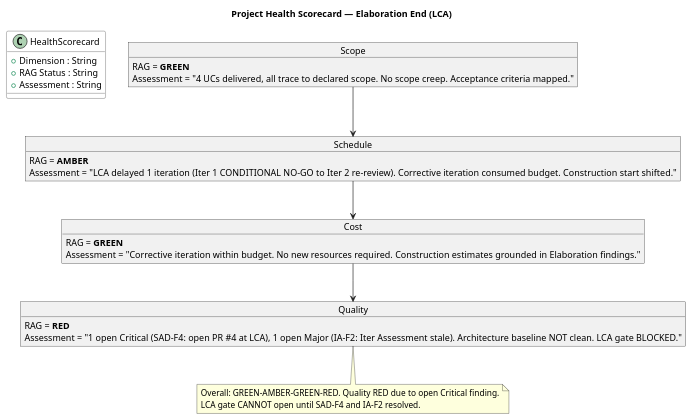
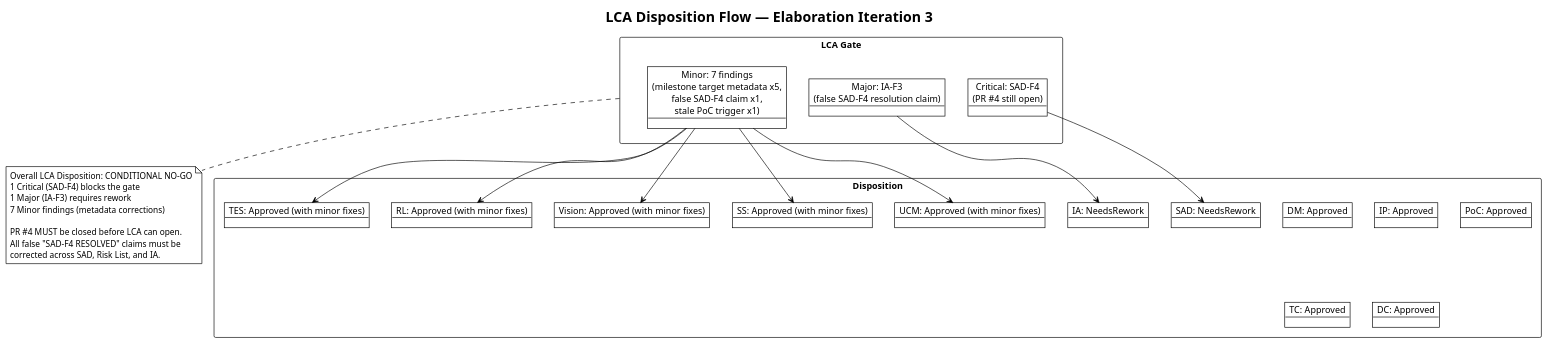
Before and after one commit to banense-test/demo-janke-lab: the third of 3 diagrams in docs/artifacts/project-management/review-record.md, drawn with PlantUML. The commit also changed other lines of this file, not shown here.

First line of the commit message:
Reviewer [E3]: upsert Review Record

````diff
--- a/docs/artifacts/project-management/review-record.md
+++ b/docs/artifacts/project-management/review-record.md
@@ -289,41 +260,47 @@
 ```plantuml
 @startuml
-title Project Health Scorecard — Elaboration End (LCA)
-skinparam class {
-  BackgroundColor #FFFFFF
-  BorderColor #333333
+!theme plain
+title LCA Disposition Flow — Elaboration Iteration 3
+
+rectangle "LCA Gate" as gate {
+  object "Critical: SAD-F4\n(PR #4 still open)" as crit
+  object "Major: IA-F3\n(false SAD-F4 resolution claim)" as maj
+  object "Minor: 7 findings\n(milestone target metadata x5,\nfalse SAD-F4 claim x1,\nstale PoC trigger x1)" as minor
 }
 
-class HealthScorecard {
-  + Dimension : String
-  + RAG Status : String
-  + Assessment : String
+rectangle "Disposition" as disp {
+  object "SAD: NeedsRework" as d1
+  object "IA: NeedsRework" as d2
+  object "UCM: Approved (with minor fixes)" as d3
+  object "SS: Approved (with minor fixes)" as d4
+  object "Vision: Approved (with minor fixes)" as d5
+  object "RL: Approved (with minor fixes)" as d6
+  object "TES: Approved (with minor fixes)" as d7
+  object "DM: Approved" as d8
+  object "IP: Approved" as d9
+  object "PoC: Approved" as d10
+  object "TC: Approved" as d11
+  object "DC: Approved" as d12
 }
 
-object "Scope" as SCOPE {
-  RAG = **GREEN**
-  Assessment = "4 UCs delivered, all trace to declared scope. No scope creep. Acceptance criteria mapped."
-}
+crit --> d1
+maj --> d2
+minor --> d3
+minor --> d4
+minor --> d5
+minor --> d6
+minor --> d7
 
-object "Schedule" as SCHED {
-  RAG = **AMBER**
-  Assessment = "LCA delayed 1 iteration (Iter 1 CONDITIONAL NO-GO to Iter 2 re-review). Corrective iteration consumed budget. Construction start shifted."
-}
+note bottom of gate
+  Overall LCA Disposition: CONDITIONAL NO-GO
+  1 Critical (SAD-F4) blocks the gate
+  1 Major (IA-F3) requires rework
+  7 Minor findings (metadata corrections)
+  
+  PR #4 MUST be closed before LCA can open.
+  All false "SAD-F4 RESOLVED" claims must be
+  corrected across SAD, Risk List, and IA.
+end note
 
-object "Cost" as COST {
-  RAG = **GREEN**
-  Assessment = "Corrective iteration within budget. No new resources required. Construction estimates grounded in Elaboration findings."
-}
-
-object "Quality" as QUAL {
-  RAG = **RED**
-  Assessment = "1 open Critical (SAD-F4: open PR #4 at LCA), 1 open Major (IA-F2: Iter Assessment stale). Architecture baseline NOT clean. LCA gate BLOCKED."
-}
-
-SCOPE --> SCHED
-SCHED --> COST
-COST --> QUAL
-
-note bottom of QUAL : Overall: GREEN-AMBER-GREEN-RED. Quality RED due to open Critical finding.\nLCA gate CANNOT open until SAD-F4 and IA-F2 resolved.
 @enduml
 ```
````
